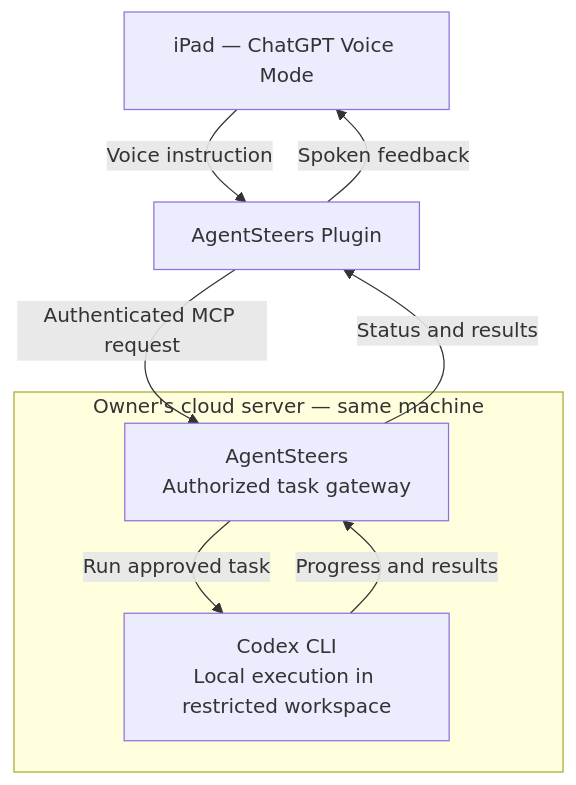
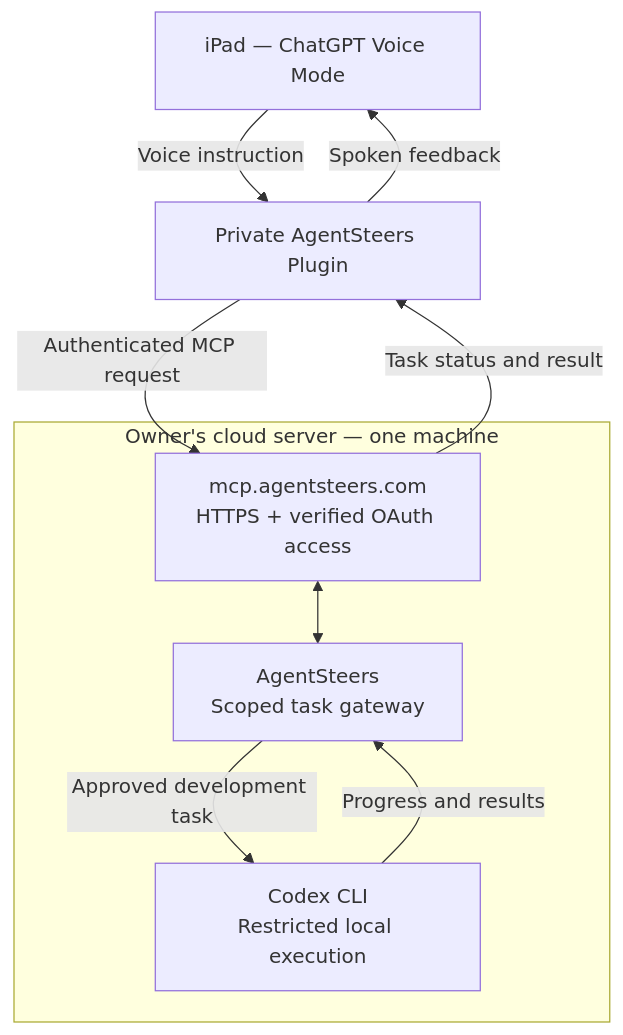
The diagram in README.md (scyllarusllc/agentsteers), drawn with Mermaid before and after one commit. The commit also changed other lines of this file, not shown here.

Commit message:
docs: add domain registration and single-server voice-to-Codex deployment flow

````diff
--- a/README.md
+++ b/README.md
@@ -11,15 +11,17 @@
 ```mermaid
 flowchart TD
     V["iPad — ChatGPT Voice Mode"]
-    P["AgentSteers Plugin"]
-    subgraph HOST["Owner's cloud server — same machine"]
-        A["AgentSteers<br/>Authorized task gateway"]
-        X["Codex CLI<br/>Local execution in restricted workspace"]
-        A -->|"Run approved task"| X
+    P["Private AgentSteers Plugin"]
+    subgraph HOST["Owner's cloud server — one machine"]
+        M["mcp.agentsteers.com<br/>HTTPS + verified OAuth access"]
+        A["AgentSteers<br/>Scoped task gateway"]
+        X["Codex CLI<br/>Restricted local execution"]
+        M <--> A
+        A -->|"Approved development task"| X
         X -->|"Progress and results"| A
     end
     V -->|"Voice instruction"| P
-    P -->|"Authenticated MCP request"| A
-    A -->|"Status and results"| P
+    P -->|"Authenticated MCP request"| M
+    M -->|"Task status and result"| P
     P -->|"Spoken feedback"| V
 ```
````
